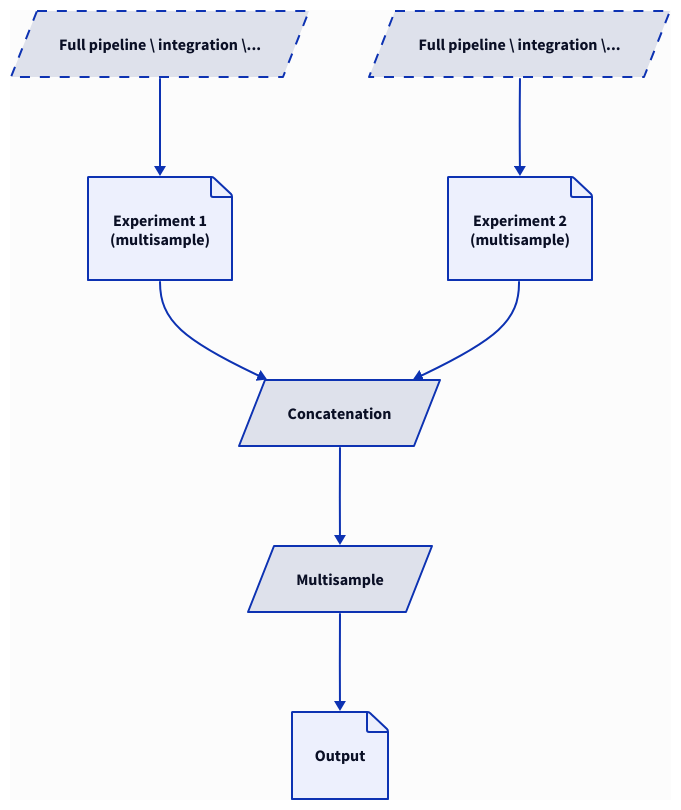
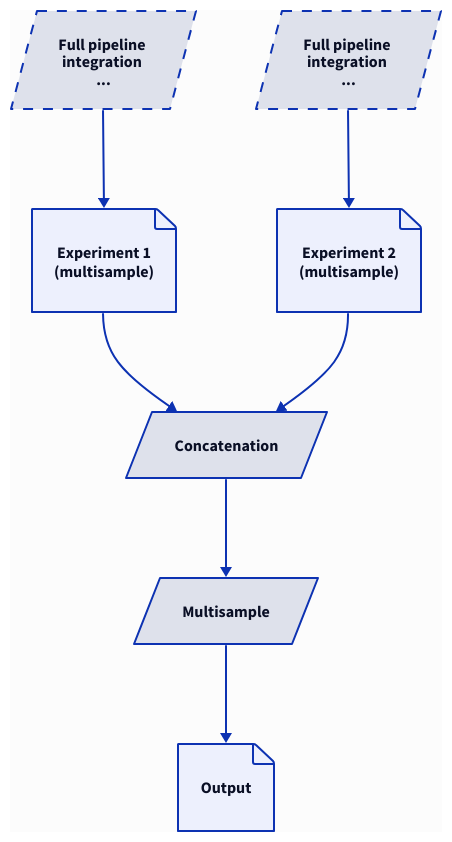
One commit to openpipelines-bio/website changed the second of 17 diagrams in fundamentals/architecture.qmd. Above: the diagram before and after it, drawn with D2. The commit also changed other lines of this file, not shown here.

Commit message:
Apply suggestions from code review

````diff
--- a/fundamentals/architecture.qmd
+++ b/fundamentals/architecture.qmd
@@ -42,41 +42,41 @@
 ```{.d2}
 file_input_1: "Experiment 1\n(multisample)" {
   shape: page
 }
 
 file_input_2: "Experiment 2\n(multisample)" {
   shape: page
 }
 
 file_output: "Output" {
   shape: page
 }
 
-pipeline_out_1: "Full pipeline \\ integration \\..." {
+pipeline_out_1: "Full pipeline \n integration \n..." {
   shape: parallelogram
   style.stroke-dash: 5
 }
 
-pipeline_out_2: "Full pipeline \\ integration  \\..." {
+pipeline_out_2: "Full pipeline \n integration  \n..." {
   shape: parallelogram
   style.stroke-dash: 5
 }
 
 concat: "Concatenation" {
   shape: parallelogram
 }
 
 multisample: "Multisample" {
   shape: parallelogram
 }
 
 pipeline_out_1 -> file_input_1
 pipeline_out_2 -> file_input_2
 file_input_1 -> concat <- file_input_2
 
 concat -> multisample -> file_output
 
 style: {
   fill: "#FCFCFC"
 }
 ```
````
